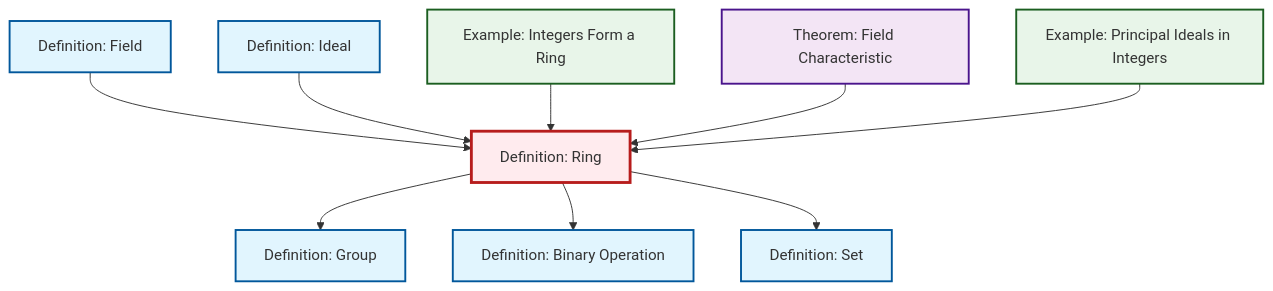
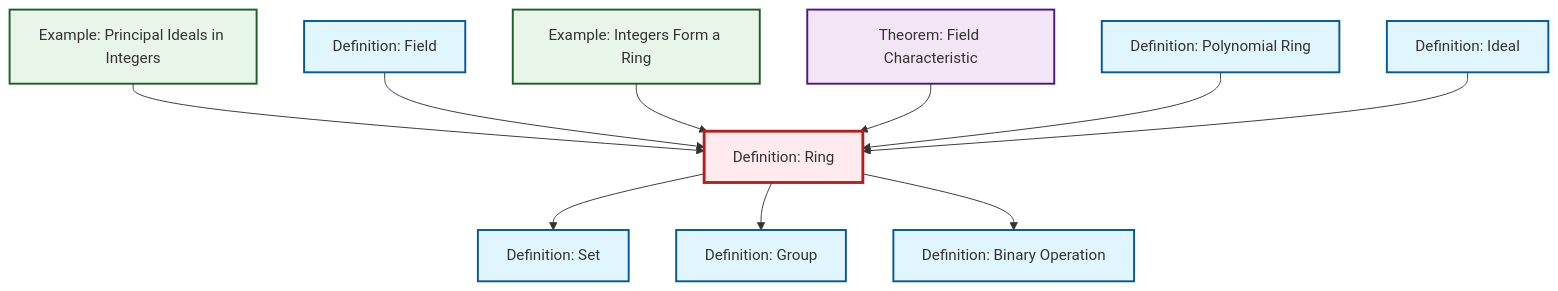
One commit to RK0429/ModernMath changed the diagram in content/en/algebra/def-ring.qmd. Above: the diagram before and after it, drawn with Mermaid. The commit also changed other lines of this file and 434 other files, not shown here.

First line of the commit message:
feat: Add polynomial ring definition with comprehensive cross-references

````diff
--- a/content/en/algebra/def-ring.qmd
+++ b/content/en/algebra/def-ring.qmd
@@ -59,35 +59,38 @@
 ```{mermaid}
 %%| fig-cap: "Local dependency graph"
 graph TD
     classDef definition fill:#e1f5fe,stroke:#01579b,stroke-width:2px
     classDef theorem fill:#f3e5f5,stroke:#4a148c,stroke-width:2px
     classDef axiom fill:#fff3e0,stroke:#e65100,stroke-width:2px
     classDef example fill:#e8f5e9,stroke:#1b5e20,stroke-width:2px
     classDef current fill:#ffebee,stroke:#b71c1c,stroke-width:3px
+    def-set["Definition: Set"]:::definition
+    def-ring["Definition: Ring"]:::definition
+    def-group["Definition: Group"]:::definition
     def-field["Definition: Field"]:::definition
+    def-binary-operation["Definition: Binary Operation"]:::definition
+    thm-field-characteristic["Theorem: Field Characteristic"]:::theorem
+    ex-principal-ideal["Example: Principal Ideals in Integers"]:::example
     ex-integers-ring["Example: Integers Form a Ring"]:::example
-    def-ring["Definition: Ring"]:::definition
-    thm-field-characteristic["Theorem: Field Characteristic"]:::theorem
-    def-binary-operation["Definition: Binary Operation"]:::definition
-    ex-principal-ideal["Example: Principal Ideals in Integers"]:::example
+    def-polynomial-ring["Definition: Polynomial Ring"]:::definition
     def-ideal["Definition: Ideal"]:::definition
-    def-group["Definition: Group"]:::definition
-    def-set["Definition: Set"]:::definition
+    ex-principal-ideal --> def-ring
     def-field --> def-ring
+    def-ring --> def-set
     def-ring --> def-group
-    def-ideal --> def-ring
-    def-ring --> def-binary-operation
     ex-integers-ring --> def-ring
     thm-field-characteristic --> def-ring
-    def-ring --> def-set
-    ex-principal-ideal --> def-ring
+    def-ring --> def-binary-operation
+    def-polynomial-ring --> def-ring
+    def-ideal --> def-ring
     class def-ring current
+    click def-set "def-set.html" "Go to Set definition"
+    click def-group "def-group.html" "Go to Group definition"
     click def-field "def-field.html" "Go to Field definition"
+    click def-binary-operation "def-binary-operation.html" "Go to Binary Operation definition"
+    click thm-field-characteristic "thm-field-characteristic.html" "Go to Field Characteristic theorem"
+    click ex-principal-ideal "ex-principal-ideal.html" "Go to Principal Ideals in Integers example"
     click ex-integers-ring "ex-integers-ring.html" "Go to Integers Form a Ring example"
-    click thm-field-characteristic "thm-field-characteristic.html" "Go to Field Characteristic theorem"
-    click def-binary-operation "def-binary-operation.html" "Go to Binary Operation definition"
-    click ex-principal-ideal "ex-principal-ideal.html" "Go to Principal Ideals in Integers example"
+    click def-polynomial-ring "def-polynomial-ring.html" "Go to Polynomial Ring definition"
     click def-ideal "def-ideal.html" "Go to Ideal definition"
-    click def-group "def-group.html" "Go to Group definition"
-    click def-set "def-set.html" "Go to Set definition"
 ```
````
